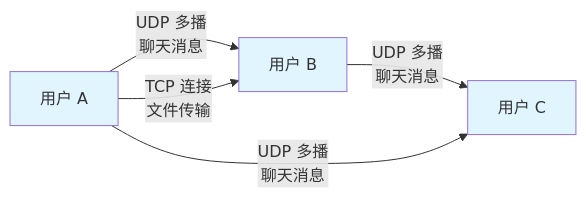
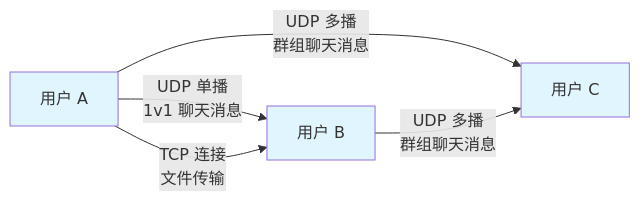
Before and after one commit to IdEvEbI/QtLanChat-FeiQClone: the seventh of 9 diagrams in docs/stage1/32-network-programming-concepts.md, drawn with Mermaid. The commit also changed other lines of this file, not shown here.

````diff
--- a/docs/stage1/32-network-programming-concepts.md
+++ b/docs/stage1/32-network-programming-concepts.md
@@ -735,11 +1035,11 @@
 ```mermaid
 graph LR
-    A[用户 A] -->|UDP 多播<br/>聊天消息| B[用户 B]
-    B -->|UDP 多播<br/>聊天消息| C[用户 C]
-    A -->|UDP 多播<br/>聊天消息| C
+    A[用户 A] -->|UDP 单播<br/>1v1 聊天消息| B[用户 B]
+    A -->|UDP 多播<br/>群组聊天消息| C[用户 C]
+    B -->|UDP 多播<br/>群组聊天消息| C
     A -->|TCP 连接<br/>文件传输| B
 
     style A fill:#e1f5fe
     style B fill:#e1f5fe
     style C fill:#e1f5fe
 ```
````
